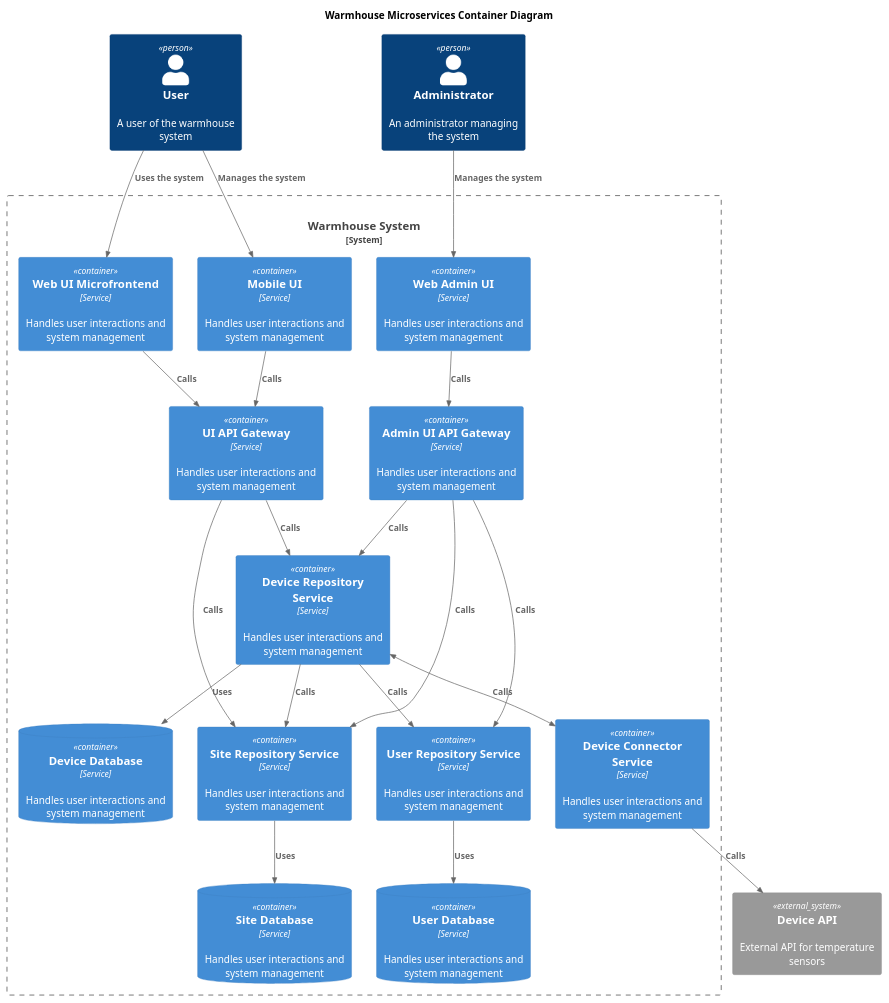
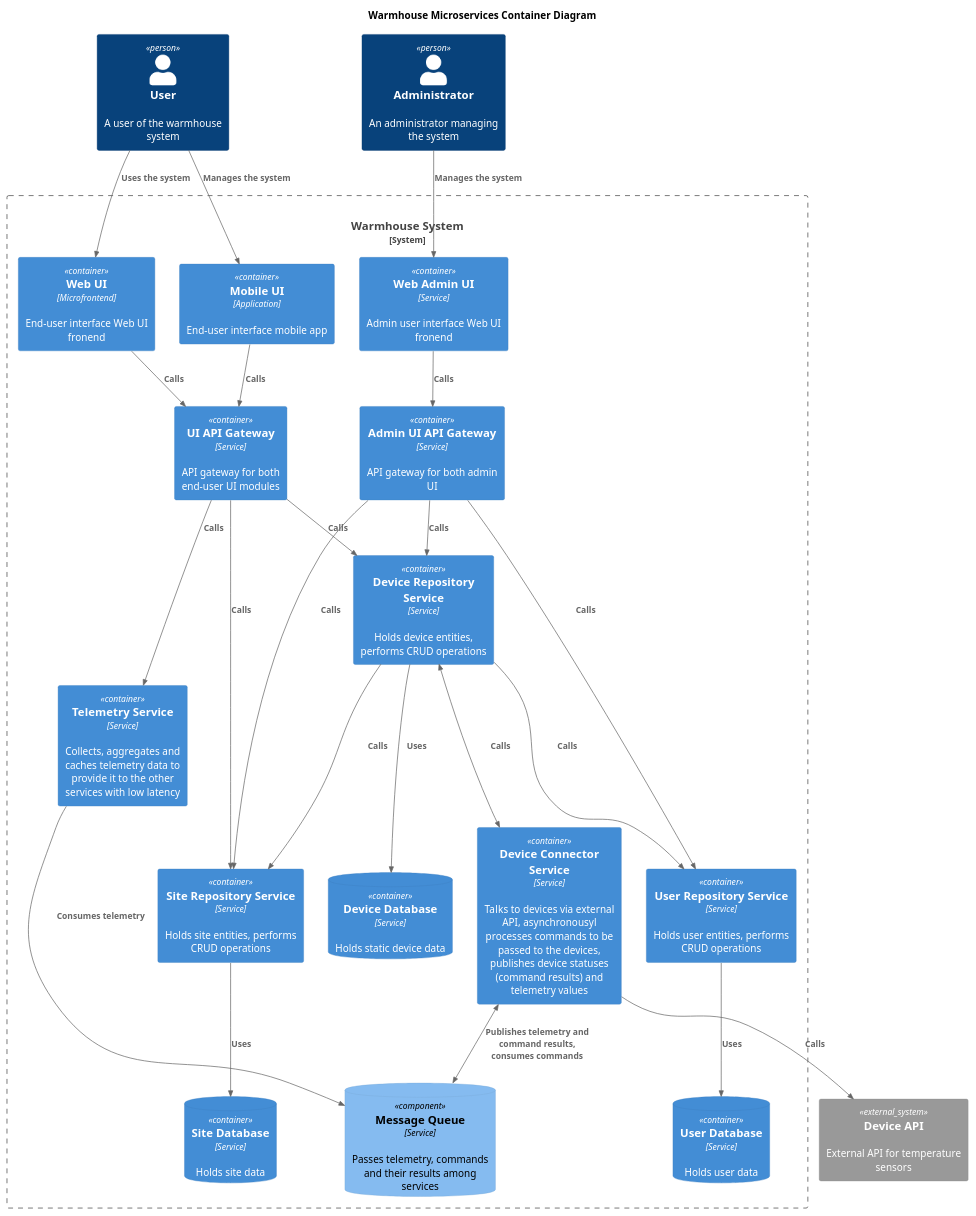
Before and after one commit to El-76/architect-warmhouse: the diagram in schemas/MicroservicesContainer.puml, drawn with PlantUML. The commit also changed 2 other files, not shown here.

```diff
--- a/schemas/MicroservicesContainer.puml
+++ b/schemas/MicroservicesContainer.puml
@@ -1,49 +1,51 @@
 @startuml Microservices
 
 title Warmhouse Microservices Container Diagram
 
 !include <C4/C4_Component>
 
 Person(User, "User", "A user of the warmhouse system")
 Person(Admin, "Administrator", "An administrator managing the system")
-'System(WarmhouseSystem, "Warmhouse System", "System managing, issuing commands to and collecting data from temperature sensors")
 
 System_Boundary(WarmhouseSystem, "Warmhouse System", "System managing, issuing commands to and collecting data from temperature sensors") {
-    Container(WebUI, "Web UI Microfrontend", "Service", "Handles user interactions and system management")
-    Container(MobileUI, "Mobile UI", "Service", "Handles user interactions and system management")
-    Container(UIAPIGateway, "UI API Gateway", "Service", "Handles user interactions and system management")
-    Container(WebAdminUI, "Web Admin UI", "Service", "Handles user interactions and system management")
-    Container(AdminUIAPIGateway, "Admin UI API Gateway", "Service", "Handles user interactions and system management")
-    Container(DeviceRepositoryService, "Device Repository Service", "Service", "Handles user interactions and system management")
-    ContainerDb(DeviceRepositoryDatabase, "Device Database", "Service", "Handles user interactions and system management")
-    Container(DeviceConnectorService, "Device Connector Service", "Service", "Handles user interactions and system management")
-    Container(SiteRepositoryService, "Site Repository Service", "Service", "Handles user interactions and system management")
-    ContainerDb(SiteRepositoryDatabase, "Site Database", "Service", "Handles user interactions and system management")
-    Container(UserRepositoryService, "User Repository Service", "Service", "Handles user interactions and system management")
-    ContainerDb(UserRepositoryDatabase, "User Database", "Service", "Handles user interactions and system management")
+    Container(WebUI, "Web UI", "Microfrontend", "End-user interface Web UI fronend")
+    Container(MobileUI, "Mobile UI", "Application", "End-user interface mobile app")
+    Container(UIAPIGateway, "UI API Gateway", "Service", "API gateway for both end-user UI modules")
+    Container(WebAdminUI, "Web Admin UI", "Service", "Admin user interface Web UI fronend")
+    Container(AdminUIAPIGateway, "Admin UI API Gateway", "Service", "API gateway for both admin UI")
+    Container(DeviceRepositoryService, "Device Repository Service", "Service", "Holds device entities, performs CRUD operations")
+    ContainerDb(DeviceRepositoryDatabase, "Device Database", "Service", "Holds static device data")
+    Container(DeviceConnectorService, "Device Connector Service", "Service", "Talks to devices via external API, asynchronousyl processes commands to be passed to the devices, publishes device statuses (command results) and telemetry values")
+    Container(TelemetryService, "Telemetry Service", "Service", "Collects, aggregates and caches telemetry data to provide it to the other services with low latency")
+    Container(SiteRepositoryService, "Site Repository Service", "Service", "Holds site entities, performs CRUD operations")
+    ContainerDb(SiteRepositoryDatabase, "Site Database", "Service", "Holds site data")
+    Container(UserRepositoryService, "User Repository Service", "Service", "Holds user entities, performs CRUD operations")
+    ContainerDb(UserRepositoryDatabase, "User Database", "Service", "Holds user data")
+    ComponentDb(MessageQueuee, "Message Queue", "Service", "Passes telemetry, commands and their results among services")
 }
 
 System_Ext(DeviceAPI, "Device API", "External API for temperature sensors")
 
 Rel(User, WebUI, "Uses the system")
 Rel(User, MobileUI, "Manages the system")
 Rel(Admin, WebAdminUI, "Manages the system")
 Rel(WebUI, UIAPIGateway, "Calls")
 Rel(MobileUI, UIAPIGateway, "Calls")
 Rel(UIAPIGateway, DeviceRepositoryService, "Calls")
+Rel(UIAPIGateway, TelemetryService, "Calls")
 Rel(DeviceRepositoryService, DeviceRepositoryDatabase, "Uses")
 Rel(UIAPIGateway, SiteRepositoryService, "Calls")
 Rel(SiteRepositoryService, SiteRepositoryDatabase, "Uses")
 Rel(DeviceRepositoryService, SiteRepositoryService, "Calls")
 BiRel(DeviceRepositoryService, DeviceConnectorService, "Calls")
 Rel(DeviceRepositoryService, UserRepositoryService, "Calls")
 Rel(DeviceConnectorService, DeviceAPI, "Calls")
 Rel(UserRepositoryService, UserRepositoryDatabase, "Uses")
 Rel(WebAdminUI, AdminUIAPIGateway, "Calls")
 Rel(AdminUIAPIGateway, DeviceRepositoryService, "Calls")
 Rel(AdminUIAPIGateway, UserRepositoryService, "Calls")
 Rel(AdminUIAPIGateway, SiteRepositoryService, "Calls")
-
-
+Rel(TelemetryService, MessageQueuee, "Consumes telemetry")
+BiRel(DeviceConnectorService, MessageQueuee, "Publishes telemetry and command results, consumes commands")
 
 @enduml
```
